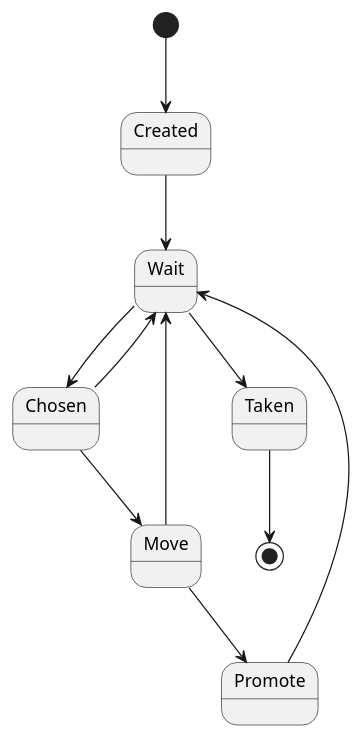
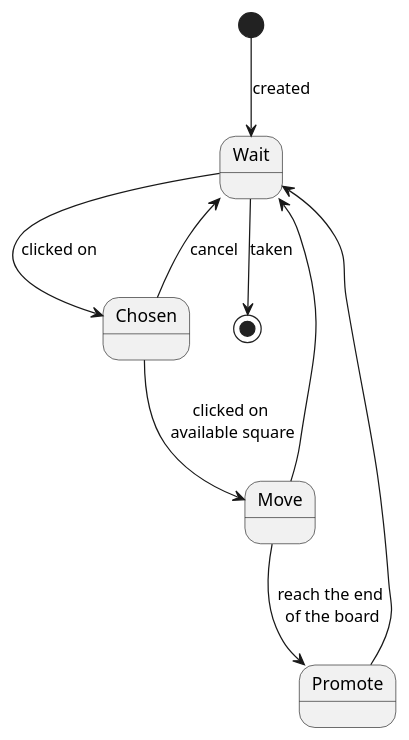
The diagram in nhom_3/UML/StateMachine/Pawn.plantuml (hoanglt1223/SET2021), drawn with PlantUML before and after one commit. The commit also changed 5 other files, not shown here.

Commit message:
nhom_3 | update UML

```diff
--- a/nhom_3/UML/StateMachine/Pawn.plantuml
+++ b/nhom_3/UML/StateMachine/Pawn.plantuml
@@ -1,12 +1,10 @@
 @startuml Pawn 
-[*] --> Created
-Created --> Wait
-Wait --> Chosen
-Chosen --> Move
-Chosen --> Wait
+[*] --> Wait : created
+Wait --> Chosen : clicked on
+Chosen --> Move : clicked on\n available square 
+Chosen --> Wait : cancel
 Move --> Wait
-Move --> Promote
+Move --> Promote : reach the end\n of the board
 Promote --> Wait
-Wait --> Taken
-Taken --> [*]
+Wait --> [*] : taken
 @enduml
```
